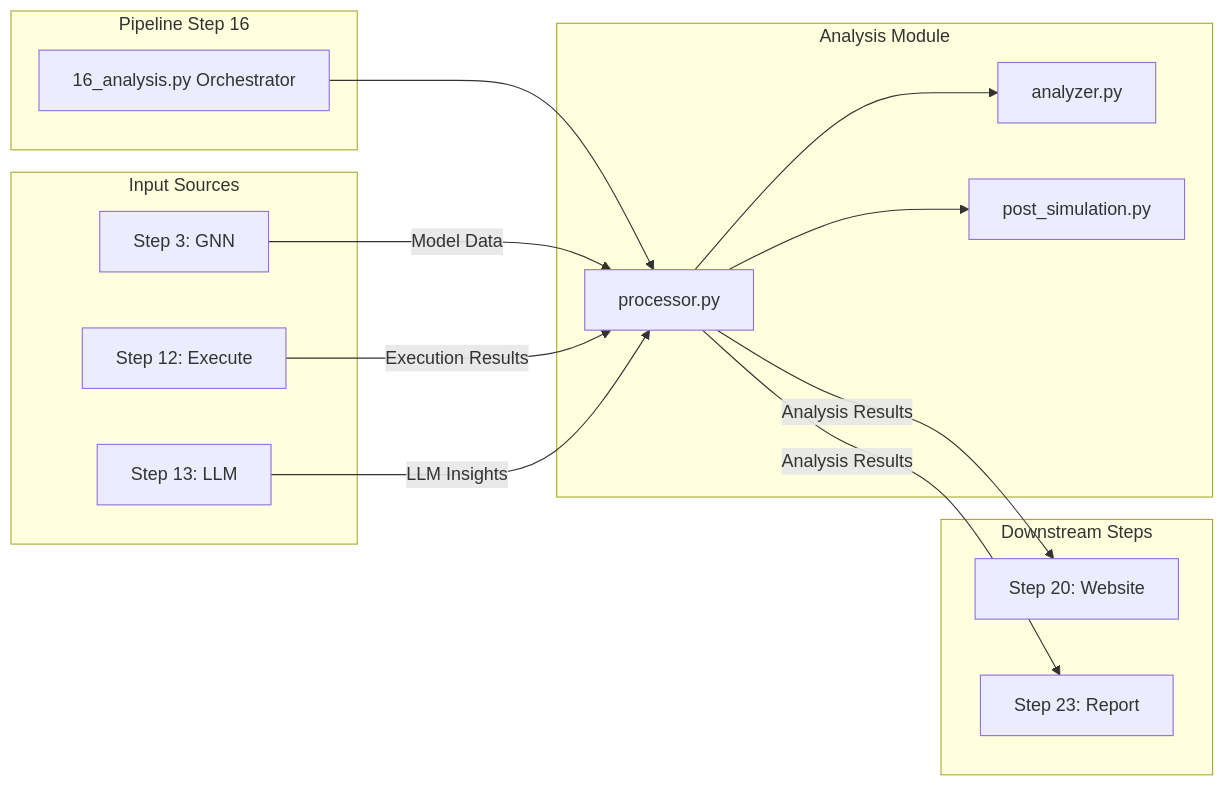
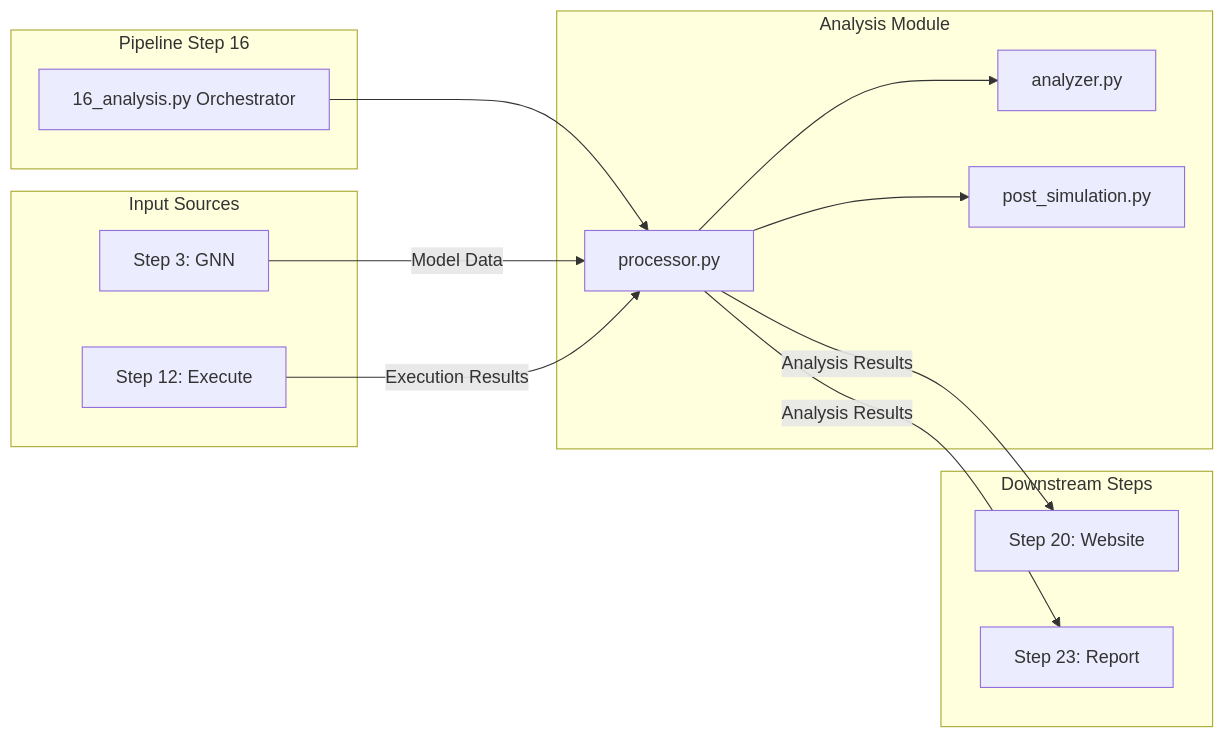
One commit to ActiveInferenceInstitute/GeneralizedNotationNotation changed the second of 3 diagrams in src/analysis/README.md. Above: the diagram before and after it, drawn with Mermaid. The commit also changed other lines of this file and 278 other files, not shown here.

````diff
--- a/src/analysis/README.md
+++ b/src/analysis/README.md
@@ -71,34 +78,30 @@
 ```mermaid
 flowchart LR
     subgraph "Pipeline Step 16"
         Step16[16_analysis.py Orchestrator]
     end
     
     subgraph "Analysis Module"
         Processor[processor.py]
         Analyzer[analyzer.py]
         PostSim[post_simulation.py]
     end
     
     subgraph "Input Sources"
         Step3[Step 3: GNN]
         Step12[Step 12: Execute]
-        Step13[Step 13: LLM]
     end
     
     subgraph "Downstream Steps"
         Step20[Step 20: Website]
         Step23[Step 23: Report]
     end
-    
     Step16 --> Processor
     Processor --> Analyzer
     Processor --> PostSim
     
     Step3 -->|Model Data| Processor
     Step12 -->|Execution Results| Processor
-    Step13 -->|LLM Insights| Processor
-    
     Processor -->|Analysis Results| Step20
     Processor -->|Analysis Results| Step23
 ```
````
